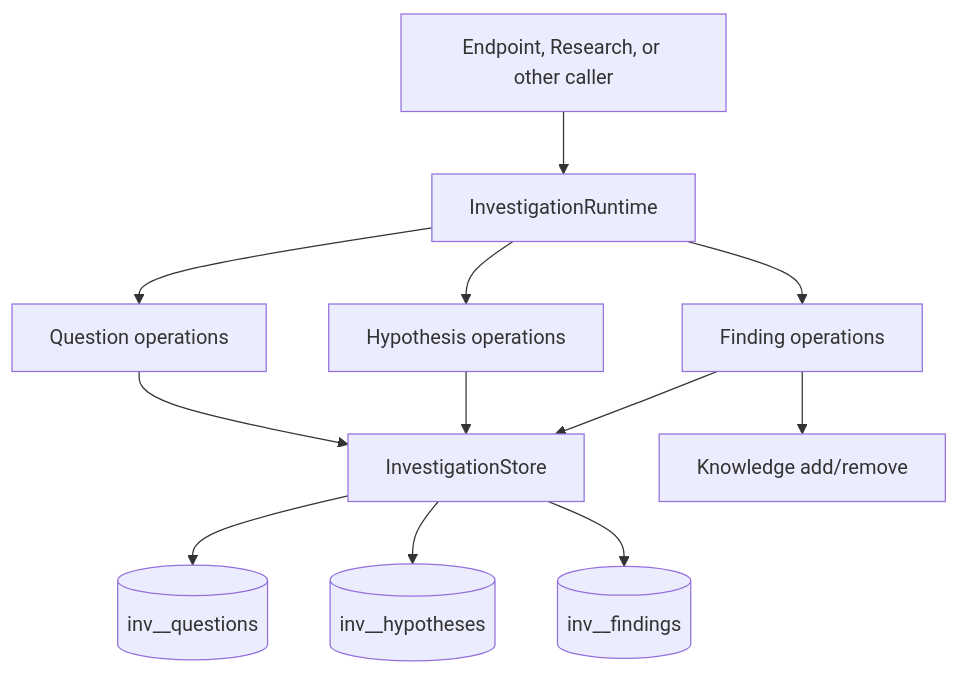
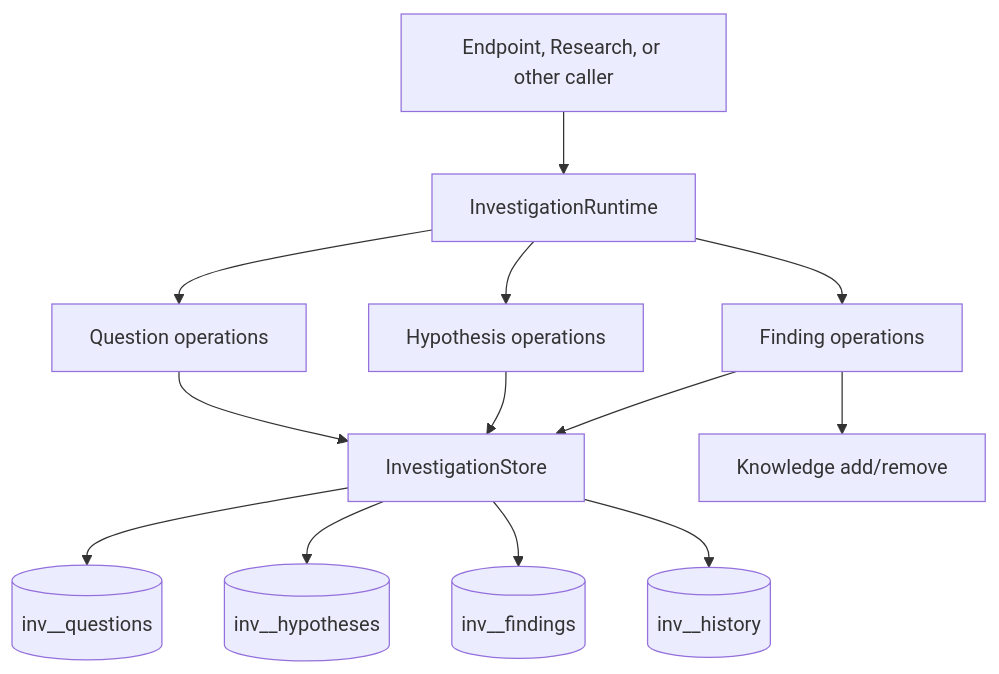
Before and after one commit to gccurtis/icarus: the first of 5 diagrams in apps/backend/src/3-capabilities/investigation/docs/concepts.md, drawn with Mermaid. The commit also changed other lines of this file and 88 other files, not shown here.

````diff
--- a/apps/backend/src/3-capabilities/investigation/docs/concepts.md
+++ b/apps/backend/src/3-capabilities/investigation/docs/concepts.md
@@ -38,14 +38,15 @@
 ```mermaid
 flowchart TB
   CONSUMER["Endpoint, Research, or other caller"] --> IR["InvestigationRuntime"]
   IR --> QOPS["Question operations"]
   IR --> HOPS["Hypothesis operations"]
   IR --> FOPS["Finding operations"]
   QOPS --> IS["InvestigationStore"]
   HOPS --> IS
   FOPS --> IS
   IS --> Q[("inv_<project>_questions")]
   IS --> H[("inv_<project>_hypotheses")]
   IS --> F[("inv_<project>_findings")]
+  IS --> HIST[("inv_<project>_history")]
   FOPS --> K["Knowledge add/remove"]
 ```
````
